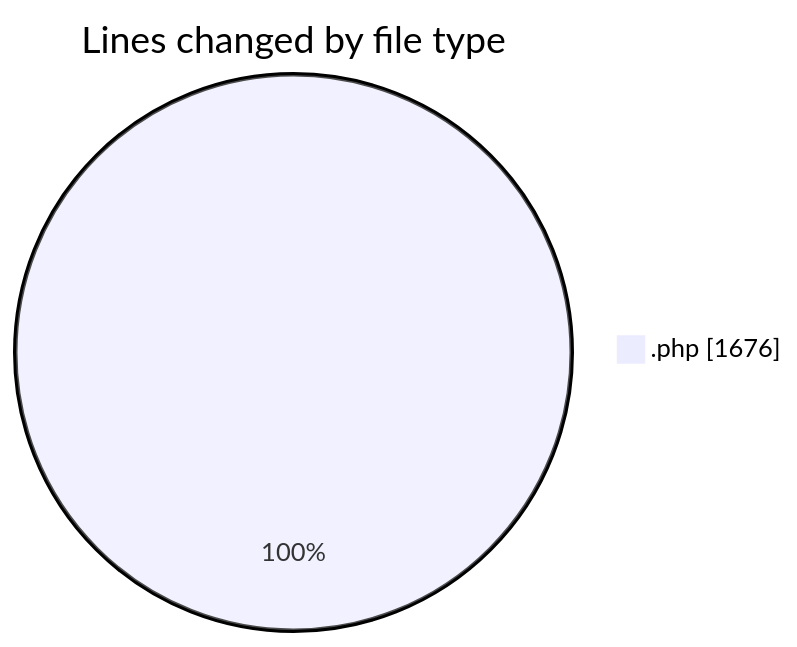
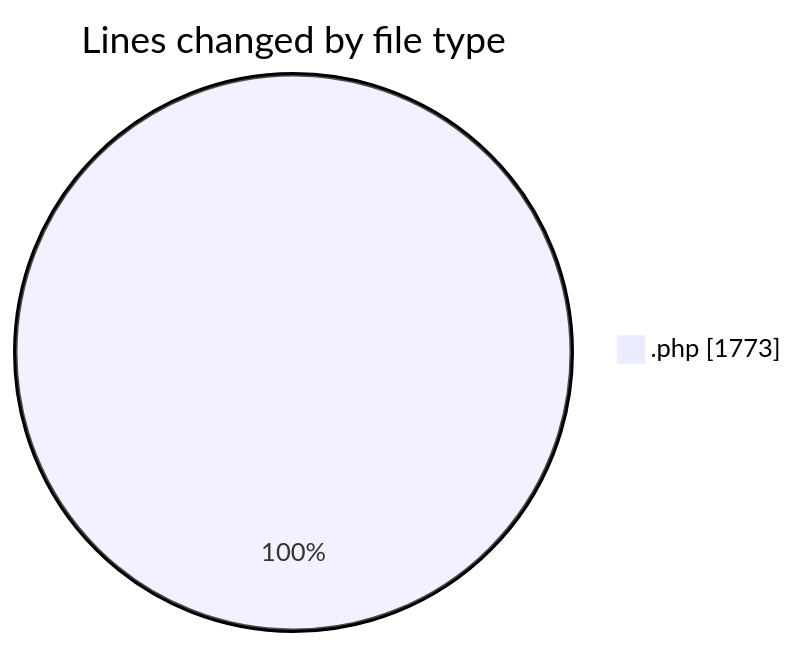
The first of 2 diagrams in 2025-06-23/studio-backend/README.md (idhammustaqopulfikri/code-tracking), drawn with Mermaid before and after one commit. The commit also changed other lines of this file and 1 other file, not shown here.

````diff
--- a/2025-06-23/studio-backend/README.md
+++ b/2025-06-23/studio-backend/README.md
@@ -21,5 +22,5 @@
 ```mermaid
 pie showData
 title Lines changed by file type
-".php" : 1676
+".php" : 1773
 ```
````
